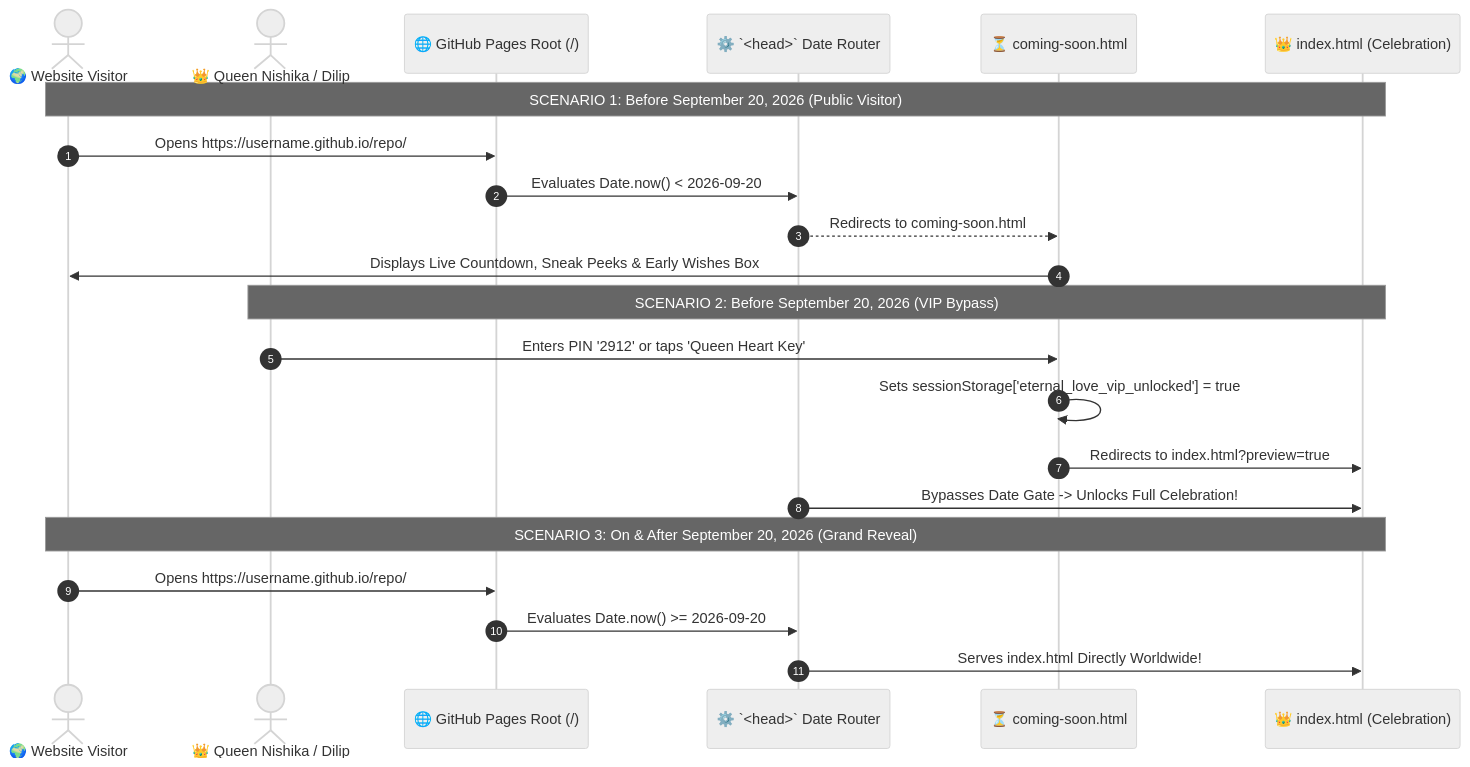
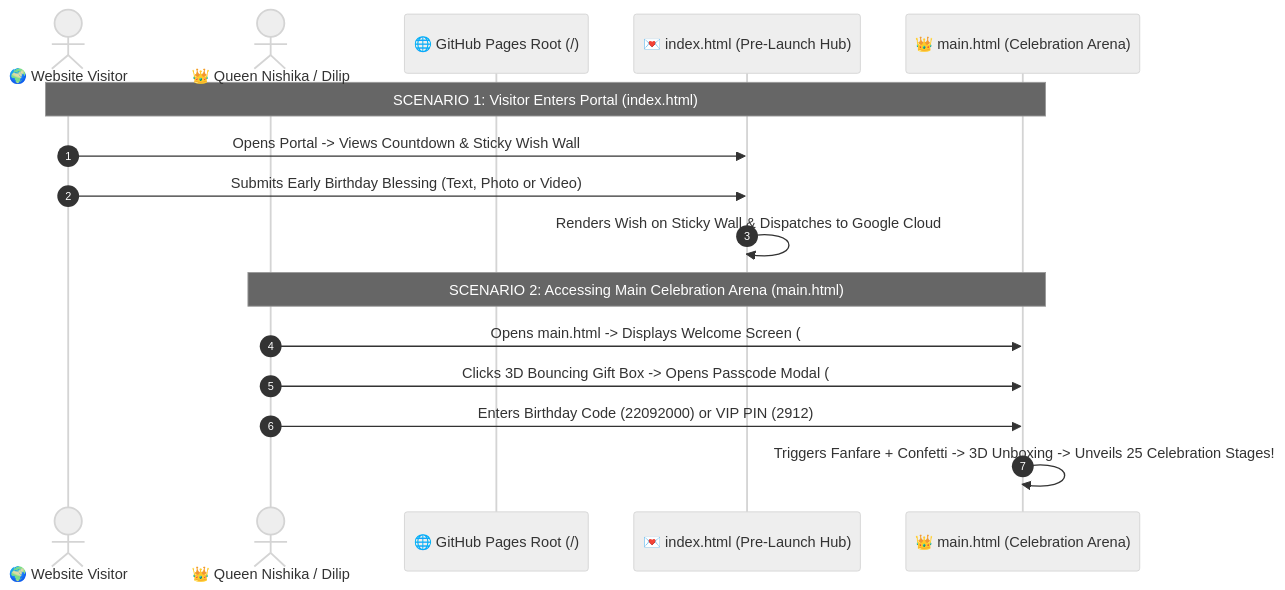
The second of 2 diagrams in documentation/PROJECT_STRUCTURE.md (dilipk2026/happy-birthday), drawn with Mermaid (neutral theme) before and after one commit. The commit also changed other lines of this file and 21 other files, not shown here.

````diff
--- a/documentation/PROJECT_STRUCTURE.md
+++ b/documentation/PROJECT_STRUCTURE.md
@@ -121,30 +126,22 @@
 ```mermaid
 sequenceDiagram
     autonumber
     actor Visitor as 🌍 Website Visitor
     actor Queen as 👑 Queen Nishika / Dilip
     participant Edge as 🌐 GitHub Pages Root (/)
-    participant Router as ⚙️ `<head>` Date Router
-    participant CS as ⏳ coming-soon.html
-    participant Main as 👑 index.html (Celebration)
+    participant Portal as 💌 index.html (Pre-Launch Hub)
+    participant Arena as 👑 main.html (Celebration Arena)
 
-    %% Scenario 1: Before Sept 20 Standard Visitor
-    Note over Visitor,Main: SCENARIO 1: Before September 20, 2026 (Public Visitor)
-    Visitor->>Edge: Opens https://username.github.io/repo/
-    Edge->>Router: Evaluates Date.now() < 2026-09-20
-    Router-->>CS: Redirects to coming-soon.html
-    CS->>Visitor: Displays Live Countdown, Sneak Peeks & Early Wishes Box
+    %% Scenario 1: Pre-Launch Portal & Blessings
+    Note over Visitor,Arena: SCENARIO 1: Visitor Enters Portal (index.html)
+    Visitor->>Portal: Opens Portal -> Views Countdown & Sticky Wish Wall
+    Visitor->>Portal: Submits Early Birthday Blessing (Text, Photo or Video)
+    Portal->>Portal: Renders Wish on Sticky Wall & Dispatches to Google Cloud
 
-    %% Scenario 2: Queen VIP Bypass
-    Note over Queen,Main: SCENARIO 2: Before September 20, 2026 (VIP Bypass)
-    Queen->>CS: Enters PIN '2912' or taps 'Queen Heart Key'
-    CS->>CS: Sets sessionStorage['eternal_love_vip_unlocked'] = true
-    CS->>Main: Redirects to index.html?preview=true
-    Router->>Main: Bypasses Date Gate -> Unlocks Full Celebration!
-
-    %% Scenario 3: On or After Sept 20
-    Note over Visitor,Main: SCENARIO 3: On & After September 20, 2026 (Grand Reveal)
-    Visitor->>Edge: Opens https://username.github.io/repo/
-    Edge->>Router: Evaluates Date.now() >= 2026-09-20
-    Router->>Main: Serves index.html Directly Worldwide!
+    %% Scenario 2: VIP / Passcode Access to Arena
+    Note over Queen,Arena: SCENARIO 2: Accessing Main Celebration Arena (main.html)
+    Queen->>Arena: Opens main.html -> Displays Welcome Screen (#introOverlay)
+    Queen->>Arena: Clicks 3D Bouncing Gift Box -> Opens Passcode Modal (#pagePasscodeOverlay)
+    Queen->>Arena: Enters Birthday Code (22092000) or VIP PIN (2912)
+    Arena->>Arena: Triggers Fanfare + Confetti -> 3D Unboxing -> Unveils 25 Celebration Stages!
 ```
````
